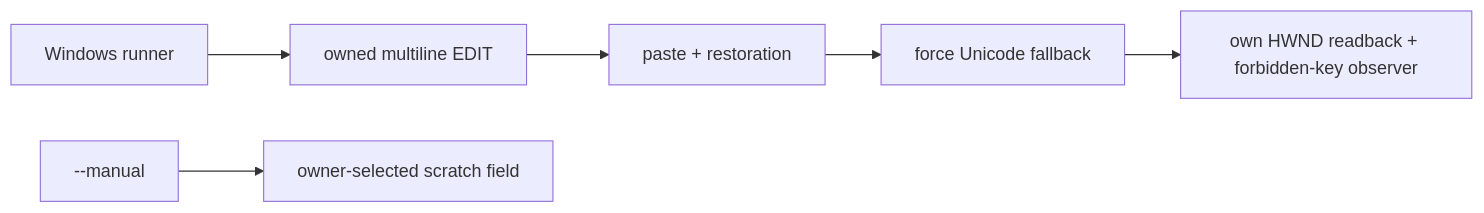
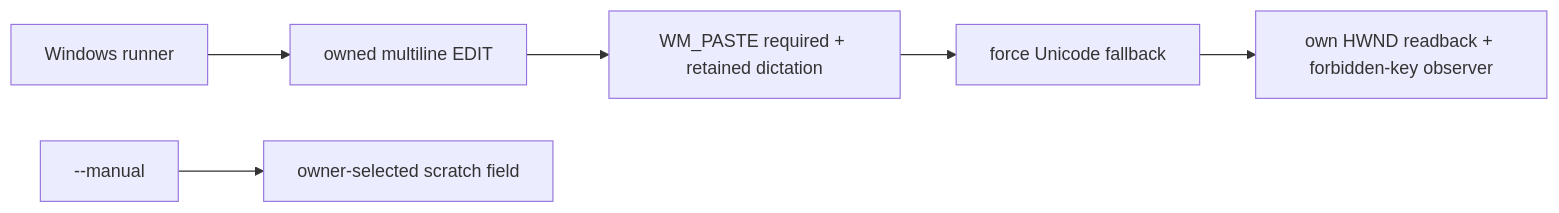
One commit to Harwasch/voiceremote changed the diagram in SW/desktop/crates/inject-windows/examples/README.md. Above: the diagram before and after it, drawn with Mermaid. The commit also changed other lines of this file and 27 other files, not shown here.

````diff
--- a/SW/desktop/crates/inject-windows/examples/README.md
+++ b/SW/desktop/crates/inject-windows/examples/README.md
@@ -1,8 +1,8 @@
 ```mermaid
 flowchart LR
     CI[Windows runner] --> Owned[owned multiline EDIT]
-    Owned --> Paste[paste + restoration]
+    Owned --> Paste[WM_PASTE required + retained dictation]
     Paste --> Fallback[force Unicode fallback]
     Fallback --> Readback[own HWND readback + forbidden-key observer]
     Laptop[--manual] --> Focused[owner-selected scratch field]
 ```
````
